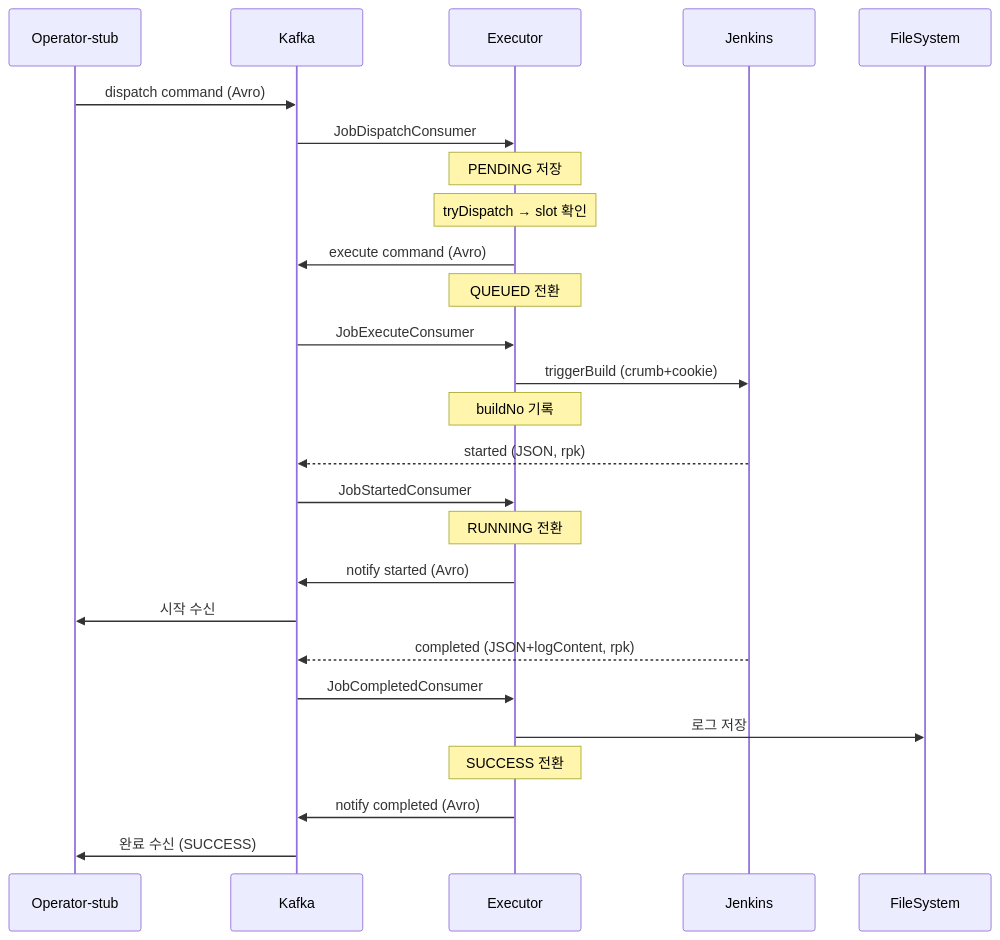
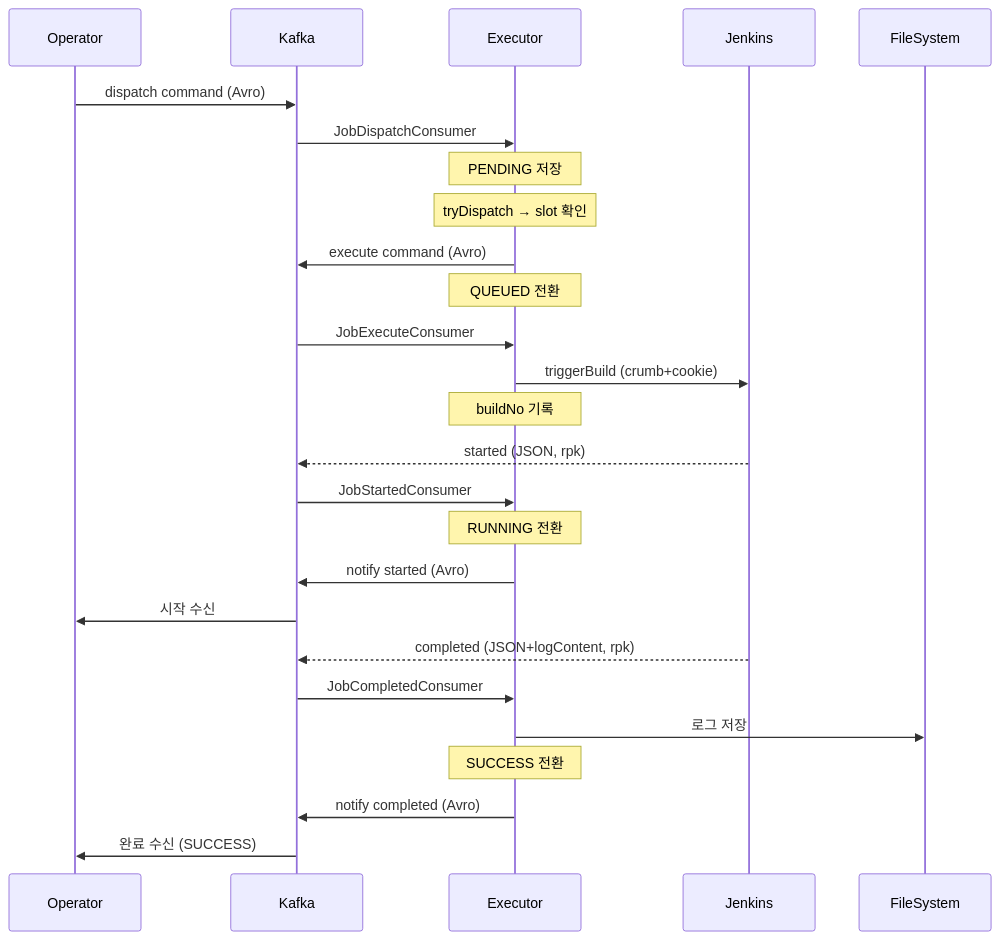
The first of 7 diagrams in executor/docs/test/executor-test-plan.md (scofe97/Redpanda-PlayGround), drawn with Mermaid before and after one commit. The commit also changed other lines of this file and 273 other files, not shown here.

Commit message:
Merge operator module and stabilize executor flow

````diff
--- a/executor/docs/test/executor-test-plan.md
+++ b/executor/docs/test/executor-test-plan.md
@@ -98,29 +98,29 @@
 ```mermaid
 sequenceDiagram
-    participant Op as Operator-stub
+    participant Op as Operator
     participant K as Kafka
     participant Ex as Executor
     participant J as Jenkins
     participant FS as FileSystem
 
     Op->>K: dispatch command (Avro)
     K->>Ex: JobDispatchConsumer
     Note over Ex: PENDING 저장
     Note over Ex: tryDispatch → slot 확인
     Ex->>K: execute command (Avro)
     Note over Ex: QUEUED 전환
     K->>Ex: JobExecuteConsumer
     Ex->>J: triggerBuild (crumb+cookie)
     Note over Ex: buildNo 기록
     J-->>K: started (JSON, rpk)
     K->>Ex: JobStartedConsumer
     Note over Ex: RUNNING 전환
     Ex->>K: notify started (Avro)
     K->>Op: 시작 수신
     J-->>K: completed (JSON+logContent, rpk)
     K->>Ex: JobCompletedConsumer
     Ex->>FS: 로그 저장
     Note over Ex: SUCCESS 전환
     Ex->>K: notify completed (Avro)
     K->>Op: 완료 수신 (SUCCESS)
 ```
````
